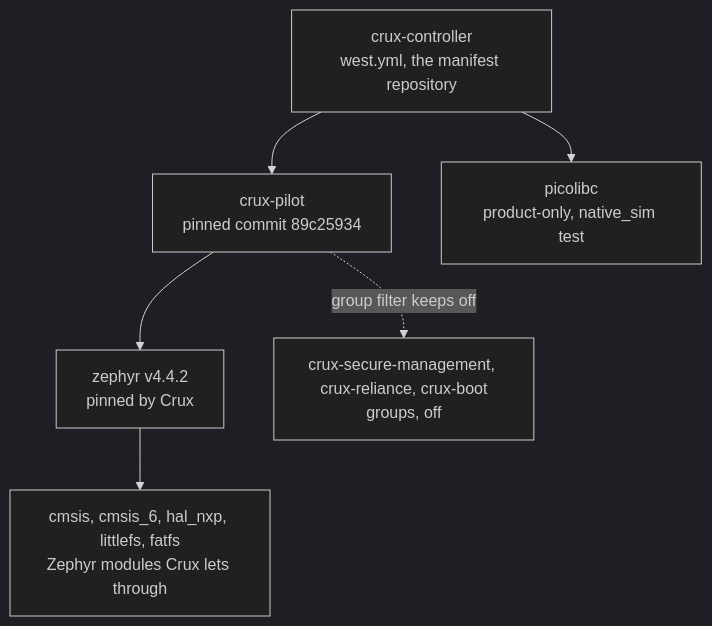
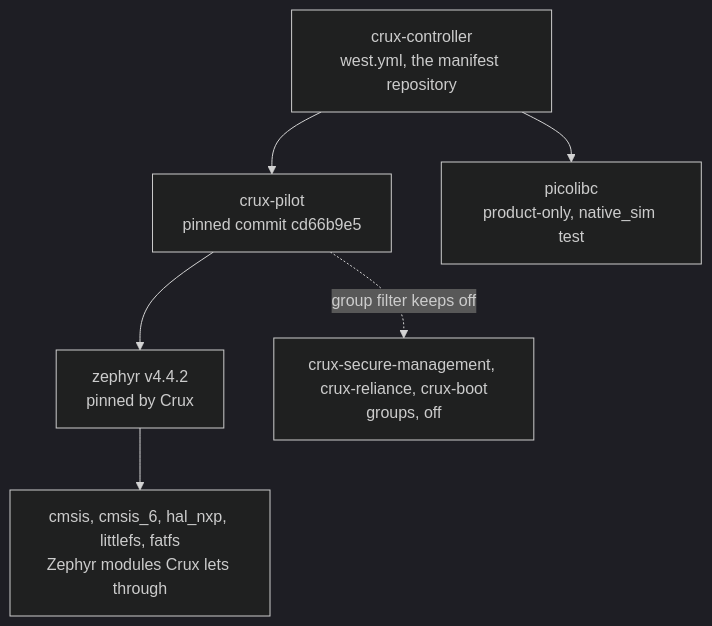
One commit to wonny-labs/crux-controller changed the diagram in docs/dependencies.md. Above: the diagram before and after it, drawn with Mermaid (dark theme). The commit also changed other lines of this file and 11 other files, not shown here.

First line of the commit message:
build(west): move the crux-pilot pin on to cd66b9e5 (Queue removal)

````diff
--- a/docs/dependencies.md
+++ b/docs/dependencies.md
@@ -16,14 +16,14 @@
 ```mermaid
 flowchart TD
     CC["crux-controller<br/>west.yml, the manifest repository"]
-    CP["crux-pilot<br/>pinned commit 89c25934"]
+    CP["crux-pilot<br/>pinned commit cd66b9e5"]
     ZP["zephyr v4.4.2<br/>pinned by Crux"]
     MOD["cmsis, cmsis_6, hal_nxp, littlefs, fatfs<br/>Zephyr modules Crux lets through"]
     PL["picolibc<br/>product-only, native_sim test"]
     OFF["crux-secure-management, crux-reliance, crux-boot<br/>groups, off"]
     CC --> CP
     CC --> PL
     CP --> ZP
     ZP --> MOD
     CP -. "group filter keeps off" .-> OFF
 ```
````
